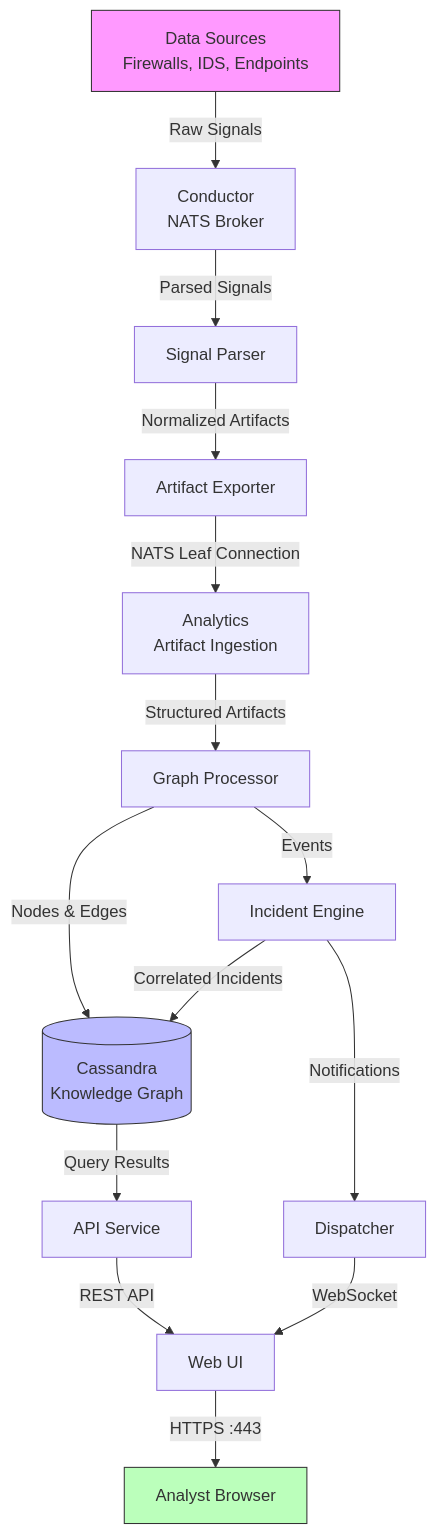
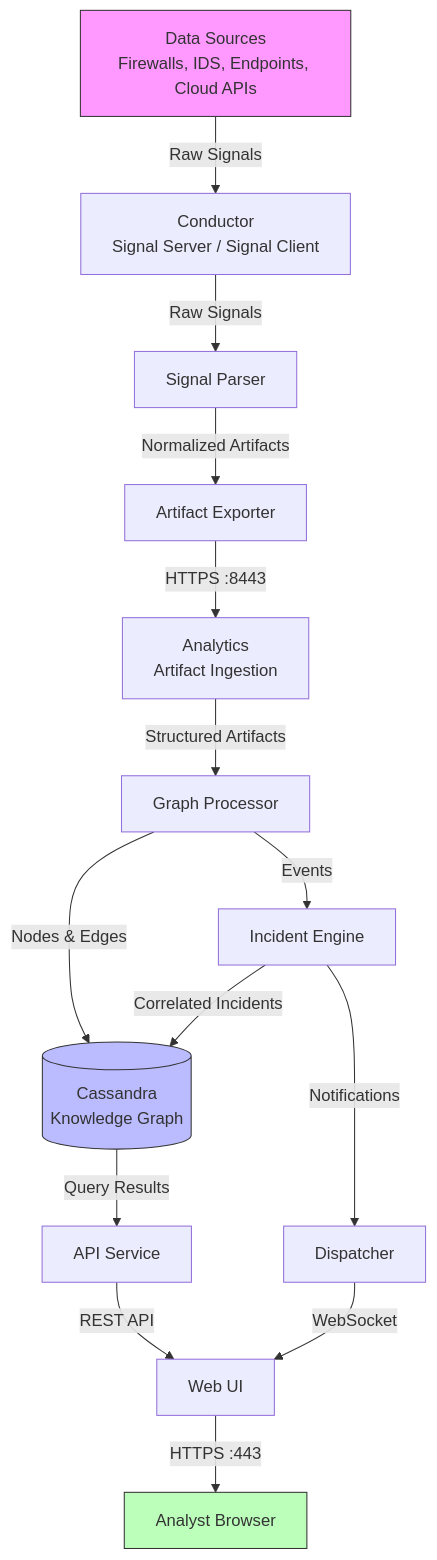
One commit to witfoo/analytics-docs changed the fifth of 5 diagrams in docs/getting-started/architecture.md. Above: the diagram before and after it, drawn with Mermaid. The commit also changed other lines of this file and 77 other files, not shown here.

````diff
--- a/docs/getting-started/architecture.md
+++ b/docs/getting-started/architecture.md
@@ -209,20 +228,20 @@
 ```mermaid
 flowchart TD
-    A[Data Sources<br/>Firewalls, IDS, Endpoints] -->|Raw Signals| B[Conductor<br/>NATS Broker]
-    B -->|Parsed Signals| C[Signal Parser]
+    A[Data Sources<br/>Firewalls, IDS, Endpoints, Cloud APIs] -->|Raw Signals| B[Conductor<br/>Signal Server / Signal Client]
+    B -->|Raw Signals| C[Signal Parser]
     C -->|Normalized Artifacts| D[Artifact Exporter]
-    D -->|NATS Leaf Connection| E[Analytics<br/>Artifact Ingestion]
+    D -->|HTTPS :8443| E[Analytics<br/>Artifact Ingestion]
     E -->|Structured Artifacts| F[Graph Processor]
     F -->|Nodes & Edges| G[(Cassandra<br/>Knowledge Graph)]
     F -->|Events| H[Incident Engine]
     H -->|Correlated Incidents| G
     H -->|Notifications| I[Dispatcher]
     I -->|WebSocket| J[Web UI]
     G -->|Query Results| K[API Service]
     K -->|REST API| J
     J -->|HTTPS :443| L[Analyst Browser]
 
     style A fill:#f9f,stroke:#333
     style G fill:#bbf,stroke:#333
     style L fill:#bfb,stroke:#333
 ```
````
